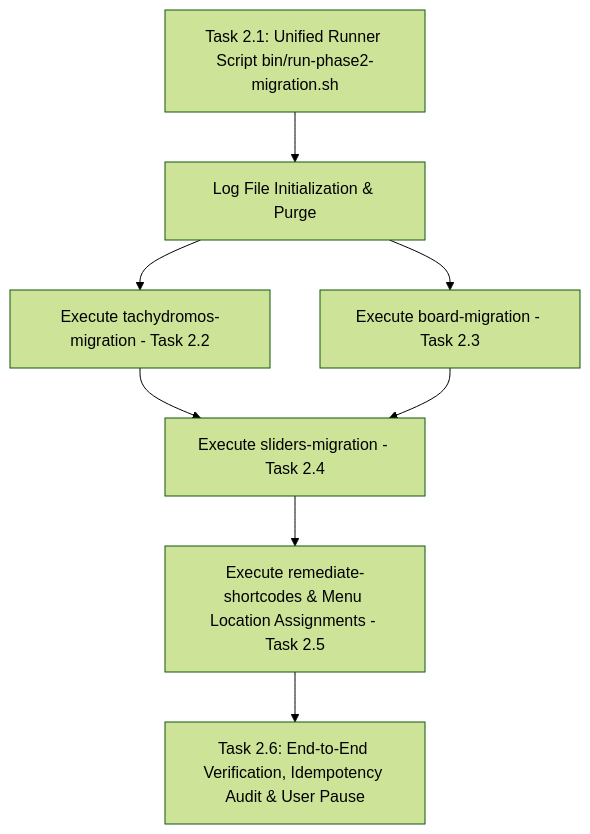
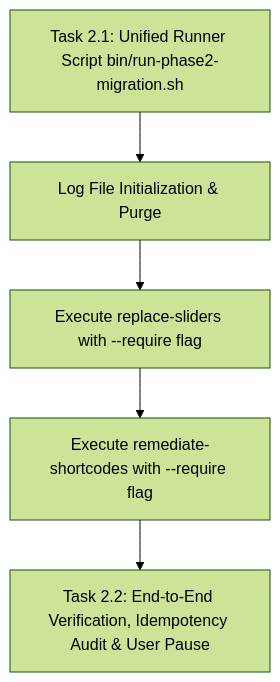
One commit to alexseif/ekalexandria-flagship changed the diagram in ai-work/tasks/EKA-Portal-Migration-Phase-2-Programmatic-CPT-Content-Shortcode-Menu-Migration-plan.md. Above: the diagram before and after it, drawn with Mermaid (forest theme). The commit also changed other lines of this file and 8 other files, not shown here.

````diff
--- a/ai-work/tasks/EKA-Portal-Migration-Phase-2-Programmatic-CPT-Content-Shortcode-Menu-Migration-plan.md
+++ b/ai-work/tasks/EKA-Portal-Migration-Phase-2-Programmatic-CPT-Content-Shortcode-Menu-Migration-plan.md
@@ -27,10 +22,7 @@
 ```mermaid
 graph TD
     A[Task 2.1: Unified Runner Script bin/run-phase2-migration.sh] --> B[Log File Initialization & Purge]
-    B --> C[Execute tachydromos-migration - Task 2.2]
-    B --> D[Execute board-migration - Task 2.3]
-    C --> E[Execute sliders-migration - Task 2.4]
-    D --> E
-    E --> F[Execute remediate-shortcodes & Menu Location Assignments - Task 2.5]
-    F --> G[Task 2.6: End-to-End Verification, Idempotency Audit & User Pause]
+    B --> C[Execute replace-sliders with --require flag]
+    C --> D[Execute remediate-shortcodes with --require flag]
+    D --> E[Task 2.2: End-to-End Verification, Idempotency Audit & User Pause]
 ```
````
